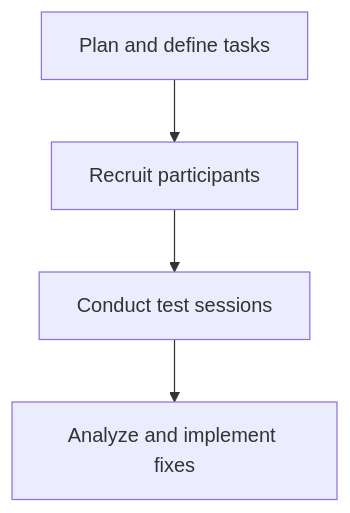
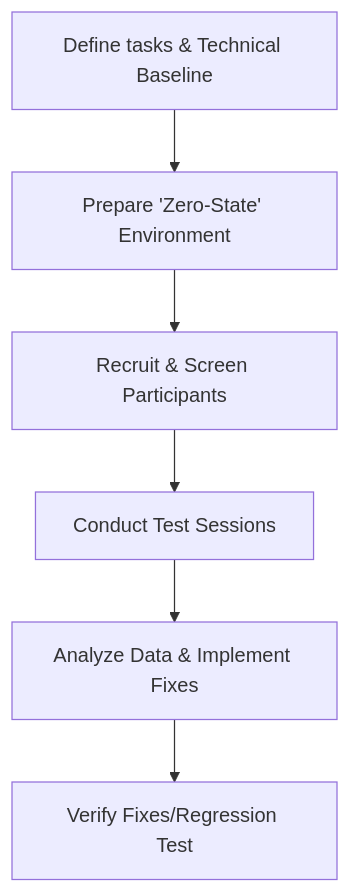
One commit to vaishvanara/techwritingkb changed the diagram in docs/industry-terms/task-based-testing.md. Above: the diagram before and after it, drawn with Mermaid. The commit also changed other lines of this file and 51 other files, not shown here.

````diff
--- a/docs/industry-terms/task-based-testing.md
+++ b/docs/industry-terms/task-based-testing.md
@@ -46,6 +46,8 @@
 ```mermaid
 graph TD
-    A[Plan and define tasks] --> B[Recruit participants]
-    B --> C[Conduct test sessions]
-    C --> D[Analyze and implement fixes]
+    A[Define tasks & Technical Baseline] --> B[Prepare 'Zero-State' Environment]
+    B --> C[Recruit & Screen Participants]
+    C --> D[Conduct Test Sessions]
+    D --> E[Analyze Data & Implement Fixes]
+    E --> F[Verify Fixes/Regression Test]
 ```
````
